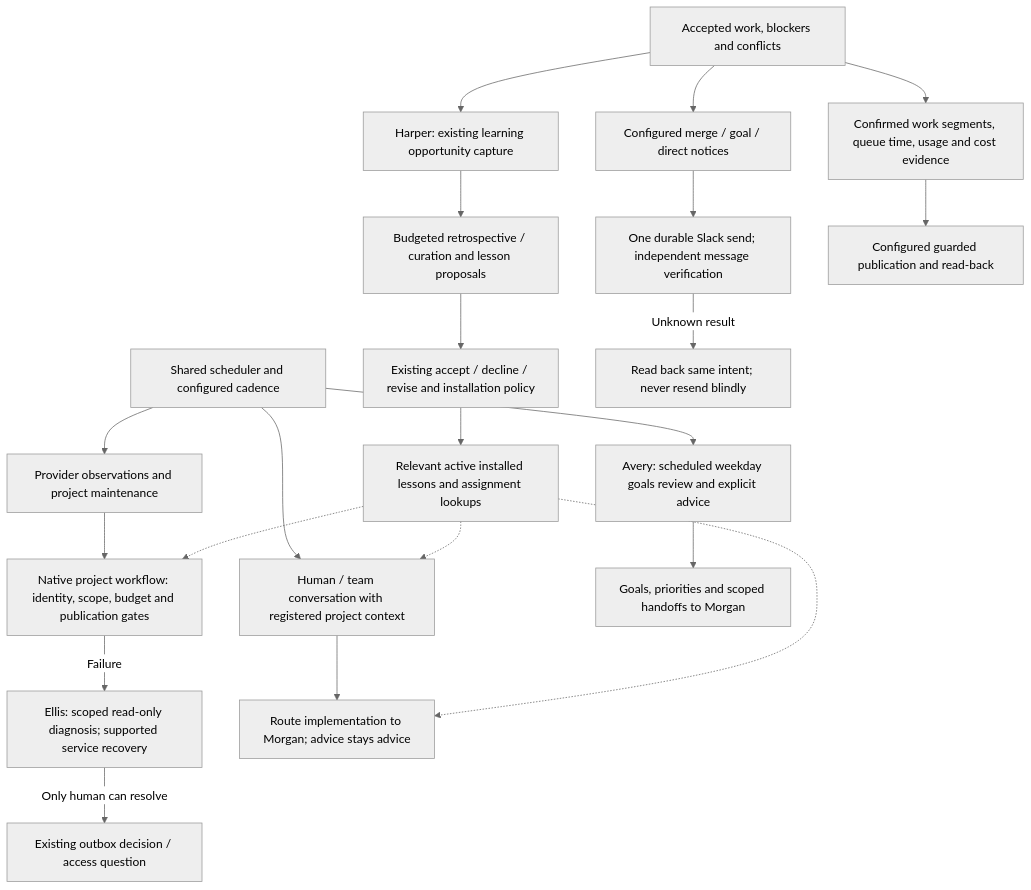
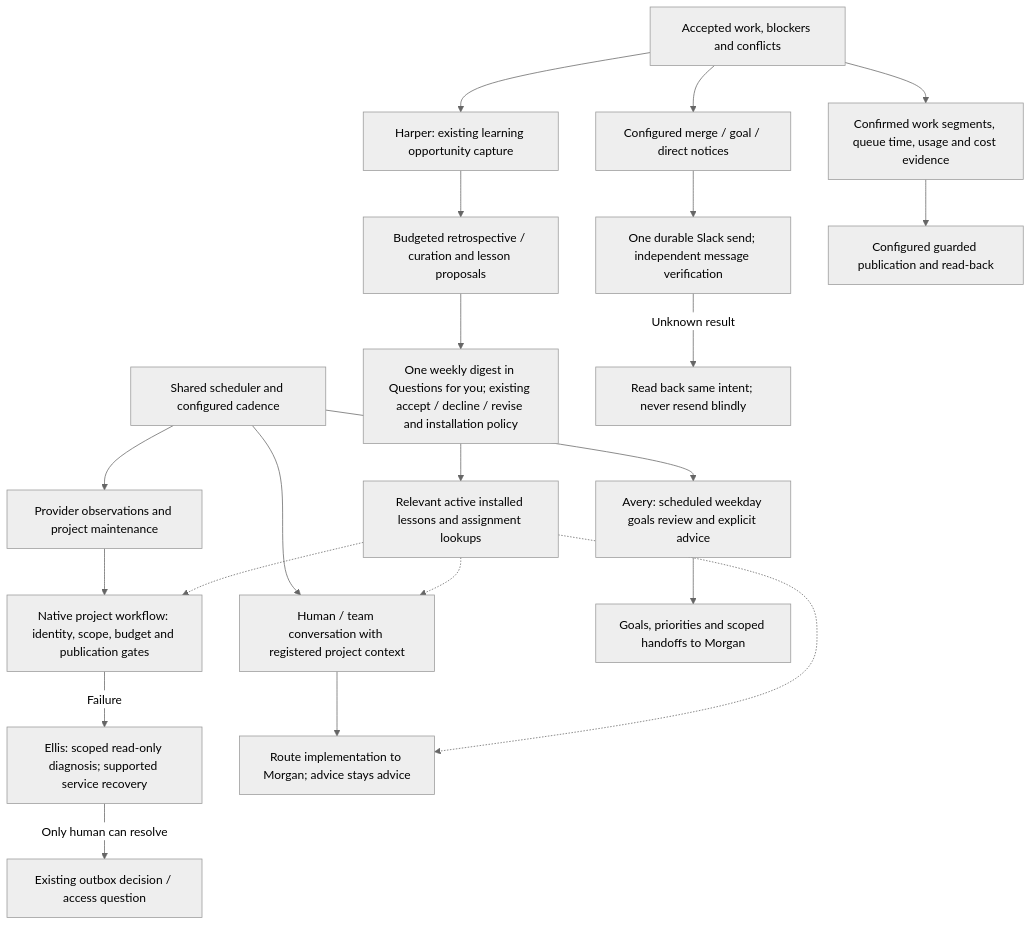
One commit to JFusco/the-office changed the fifth of 5 diagrams in docs/office-process.md. Above: the diagram before and after it, drawn with Mermaid (neutral theme). The commit also changed other lines of this file and 7 other files, not shown here.

````diff
--- a/docs/office-process.md
+++ b/docs/office-process.md
@@ -191,23 +194,23 @@
 ```mermaid
 flowchart TD
     SCH["Shared scheduler and configured cadence"] --> OBS["Provider observations and project maintenance"]
     OBS --> NAT["Native project workflow: identity, scope, budget and publication gates"]
     NAT -->|Failure| EL["Ellis: scoped read-only diagnosis; supported service recovery"]
     EL -->|Only human can resolve| HU["Existing outbox decision / access question"]
     SCH --> CO["Human / team conversation with registered project context"]
     CO --> OWN["Route implementation to Morgan; advice stays advice"]
     SCH --> AV["Avery: scheduled weekday goals review and explicit advice"]
     AV --> GO["Goals, priorities and scoped handoffs to Morgan"]
     EV["Accepted work, blockers and conflicts"] --> CAP["Harper: existing learning opportunity capture"]
     CAP --> RET["Budgeted retrospective / curation and lesson proposals"]
-    RET --> DEC["Existing accept / decline / revise and installation policy"]
+    RET --> DEC["One weekly digest in Questions for you; existing accept / decline / revise and installation policy"]
     DEC --> LES["Relevant active installed lessons and assignment lookups"]
     LES -.-> CO
     LES -.-> NAT
     LES -.-> OWN
     EV --> NOT["Configured merge / goal / direct notices"]
     NOT --> SEND["One durable Slack send; independent message verification"]
     SEND -->|Unknown result| RB["Read back same intent; never resend blindly"]
     EV --> TIME["Confirmed work segments, queue time, usage and cost evidence"]
     TIME --> PUB["Configured guarded publication and read-back"]
 ```
````
